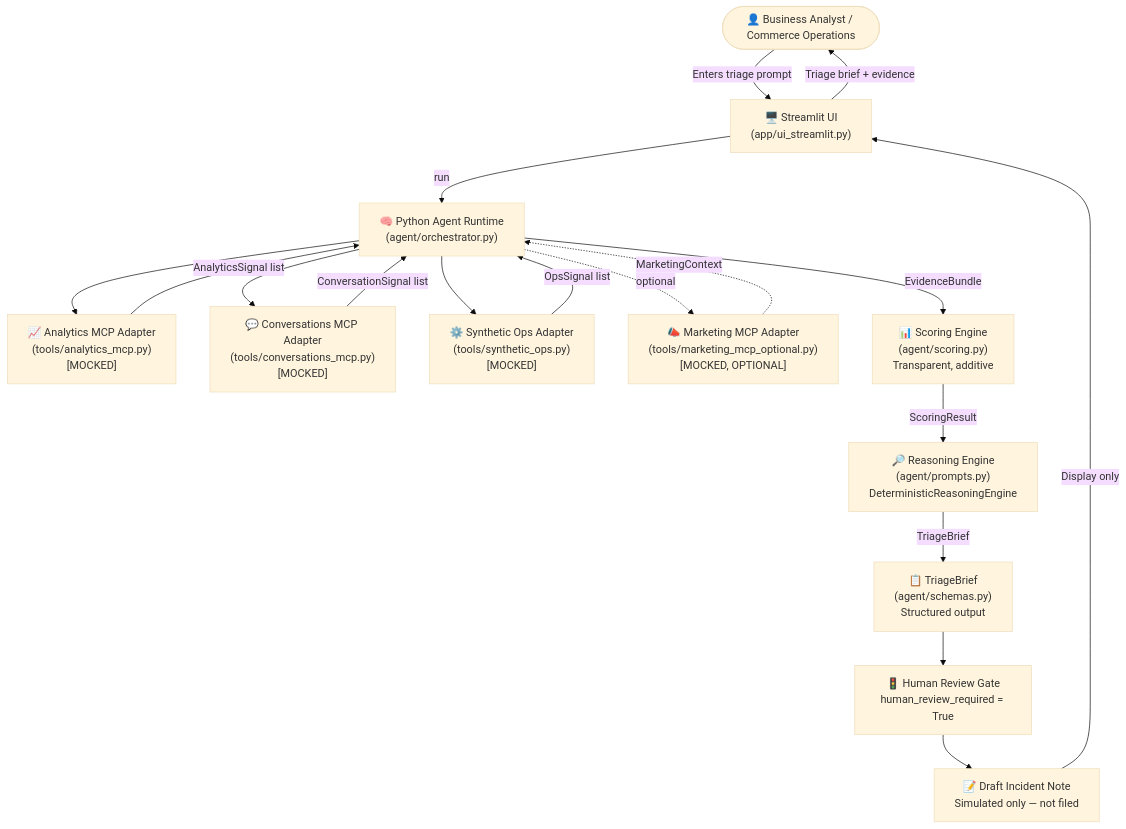
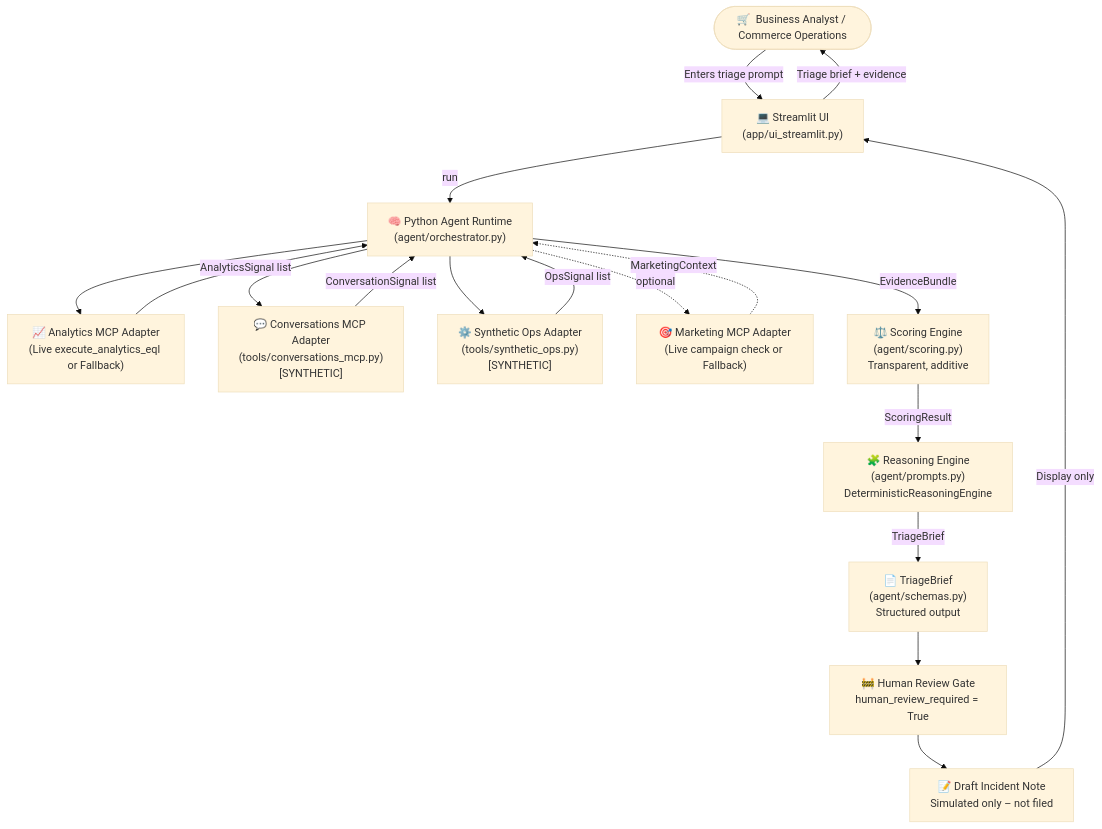
One commit to WilliamBelleau/loomi-hackathon changed the diagram in docs/architecture.md. Above: the diagram before and after it, drawn with Mermaid (base theme). The commit also changed other lines of this file and 4 other files, not shown here.

Commit message:
docs: update final demo package for live MCP mode

````diff
--- a/docs/architecture.md
+++ b/docs/architecture.md
@@ -15,36 +15,36 @@
 ```mermaid
 flowchart TD
-    User(["👤 Business Analyst / Commerce Operations"])
-    UI["🖥️ Streamlit UI\n(app/ui_streamlit.py)"]
+    User(["🛒  Business Analyst / Commerce Operations"])
+    UI["💻 Streamlit UI\n(app/ui_streamlit.py)"]
     Orch["🧠 Python Agent Runtime\n(agent/orchestrator.py)"]
 
-    Analytics["📈 Analytics MCP Adapter\n(tools/analytics_mcp.py)\n[MOCKED]"]
-    Conversations["💬 Conversations MCP Adapter\n(tools/conversations_mcp.py)\n[MOCKED]"]
-    Ops["⚙️ Synthetic Ops Adapter\n(tools/synthetic_ops.py)\n[MOCKED]"]
-    Marketing["📣 Marketing MCP Adapter\n(tools/marketing_mcp_optional.py)\n[MOCKED, OPTIONAL]"]
+    Analytics["📈 Analytics MCP Adapter\n(Live execute_analytics_eql or Fallback)"]
+    Conversations["💬 Conversations MCP Adapter\n(tools/conversations_mcp.py)\n[SYNTHETIC]"]
+    Ops["⚙️ Synthetic Ops Adapter\n(tools/synthetic_ops.py)\n[SYNTHETIC]"]
+    Marketing["🎯 Marketing MCP Adapter\n(Live campaign check or Fallback)"]
 
-    Scoring["📊 Scoring Engine\n(agent/scoring.py)\nTransparent, additive"]
-    Reasoning["🔎 Reasoning Engine\n(agent/prompts.py)\nDeterministicReasoningEngine"]
+    Scoring["⚖️ Scoring Engine\n(agent/scoring.py)\nTransparent, additive"]
+    Reasoning["🧩 Reasoning Engine\n(agent/prompts.py)\nDeterministicReasoningEngine"]
 
-    Brief["📋 TriageBrief\n(agent/schemas.py)\nStructured output"]
-    Gate["🚦 Human Review Gate\nhuman_review_required = True"]
-    Note["📝 Draft Incident Note\nSimulated only — not filed"]
+    Brief["📄 TriageBrief\n(agent/schemas.py)\nStructured output"]
+    Gate["🚧 Human Review Gate\nhuman_review_required = True"]
+    Note["📝 Draft Incident Note\nSimulated only – not filed"]
 
     User -->|Enters triage prompt| UI
     UI -->|run| Orch
     Orch --> Analytics
     Orch --> Conversations
     Orch --> Ops
     Orch -.->|optional| Marketing
     Analytics -->|AnalyticsSignal list| Orch
     Conversations -->|ConversationSignal list| Orch
     Ops -->|OpsSignal list| Orch
     Marketing -.->|MarketingContext| Orch
     Orch -->|EvidenceBundle| Scoring
     Scoring -->|ScoringResult| Reasoning
     Reasoning -->|TriageBrief| Brief
     Brief --> Gate
     Gate --> Note
     Note -->|Display only| UI
     UI -->|Triage brief + evidence| User
 ```
````
